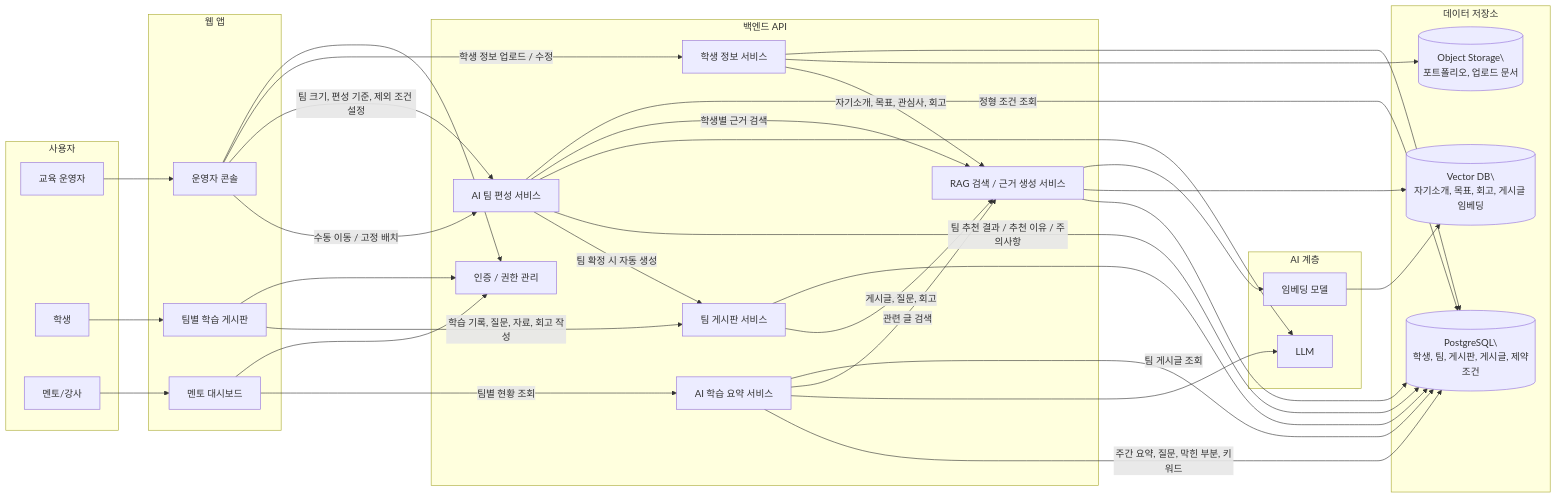
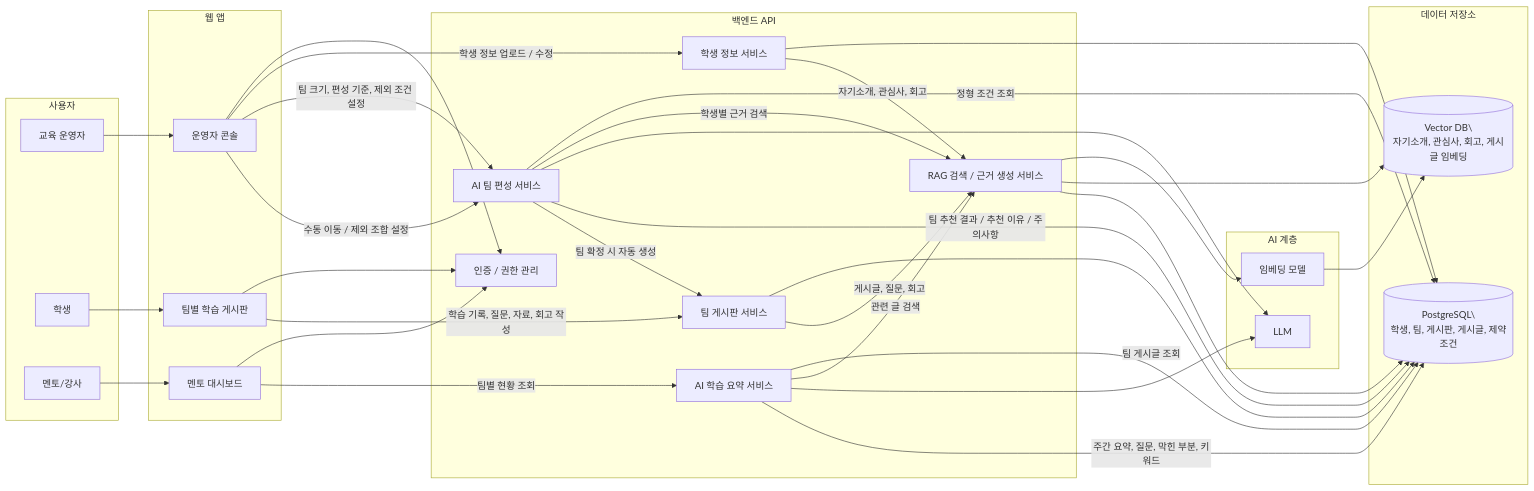
Before and after one commit to KFJG-Team1/rag-board: the first of 2 diagrams in JUNGLE-BOARD-README.md, drawn with Mermaid. The commit also changed other lines of this file, not shown here.

Commit message:
RAG 팀 빌딩 서비스 문서 갱신

````diff
--- a/JUNGLE-BOARD-README.md
+++ b/JUNGLE-BOARD-README.md
@@ -140,72 +148,70 @@
 ```mermaid
 flowchart LR
   subgraph Users["사용자"]
     OP["교육 운영자"]
     ST["학생"]
     MT["멘토/강사"]
   end
 
   subgraph Frontend["웹 앱"]
     AdminUI["운영자 콘솔"]
     StudentUI["팀별 학습 게시판"]
     MentorUI["멘토 대시보드"]
   end
 
   subgraph Backend["백엔드 API"]
     Auth["인증 / 권한 관리"]
     StudentSvc["학생 정보 서비스"]
     MatchingSvc["AI 팀 편성 서비스"]
     BoardSvc["팀 게시판 서비스"]
     SummarySvc["AI 학습 요약 서비스"]
     RagSvc["RAG 검색 / 근거 생성 서비스"]
   end
 
   subgraph AI["AI 계층"]
     Embed["임베딩 모델"]
     LLM["LLM"]
   end
 
   subgraph Storage["데이터 저장소"]
     DB[("PostgreSQL\\n학생, 팀, 게시판, 게시글, 제약조건")]
-    VectorDB[("Vector DB\\n자기소개, 목표, 회고, 게시글 임베딩")]
-    Obj[("Object Storage\\n포트폴리오, 업로드 문서")]
+    VectorDB[("Vector DB\\n자기소개, 관심사, 회고, 게시글 임베딩")]
   end
 
   OP --> AdminUI
   ST --> StudentUI
   MT --> MentorUI
 
   AdminUI --> Auth
   StudentUI --> Auth
   MentorUI --> Auth
 
   AdminUI -->|"학생 정보 업로드 / 수정"| StudentSvc
   AdminUI -->|"팀 크기, 편성 기준, 제외 조건 설정"| MatchingSvc
-  AdminUI -->|"수동 이동 / 고정 배치"| MatchingSvc
+  AdminUI -->|"수동 이동 / 제외 조합 설정"| MatchingSvc
 
   StudentUI -->|"학습 기록, 질문, 자료, 회고 작성"| BoardSvc
   MentorUI -->|"팀별 현황 조회"| SummarySvc
 
   StudentSvc --> DB
-  StudentSvc --> Obj
-  StudentSvc -->|"자기소개, 목표, 관심사, 회고"| RagSvc
+  StudentSvc -->|"자기소개, 관심사, 회고"| RagSvc
 
   BoardSvc --> DB
   BoardSvc -->|"게시글, 질문, 회고"| RagSvc
 
   RagSvc --> Embed
   Embed --> VectorDB
   RagSvc --> VectorDB
   RagSvc --> DB
 
   MatchingSvc -->|"정형 조건 조회"| DB
   MatchingSvc -->|"학생별 근거 검색"| RagSvc
   MatchingSvc --> LLM
   MatchingSvc -->|"팀 추천 결과 / 추천 이유 / 주의사항"| DB
   MatchingSvc -->|"팀 확정 시 자동 생성"| BoardSvc
 
   SummarySvc -->|"팀 게시글 조회"| DB
   SummarySvc -->|"관련 글 검색"| RagSvc
   SummarySvc --> LLM
   SummarySvc -->|"주간 요약, 질문, 막힌 부분, 키워드"| DB
 ```
````
